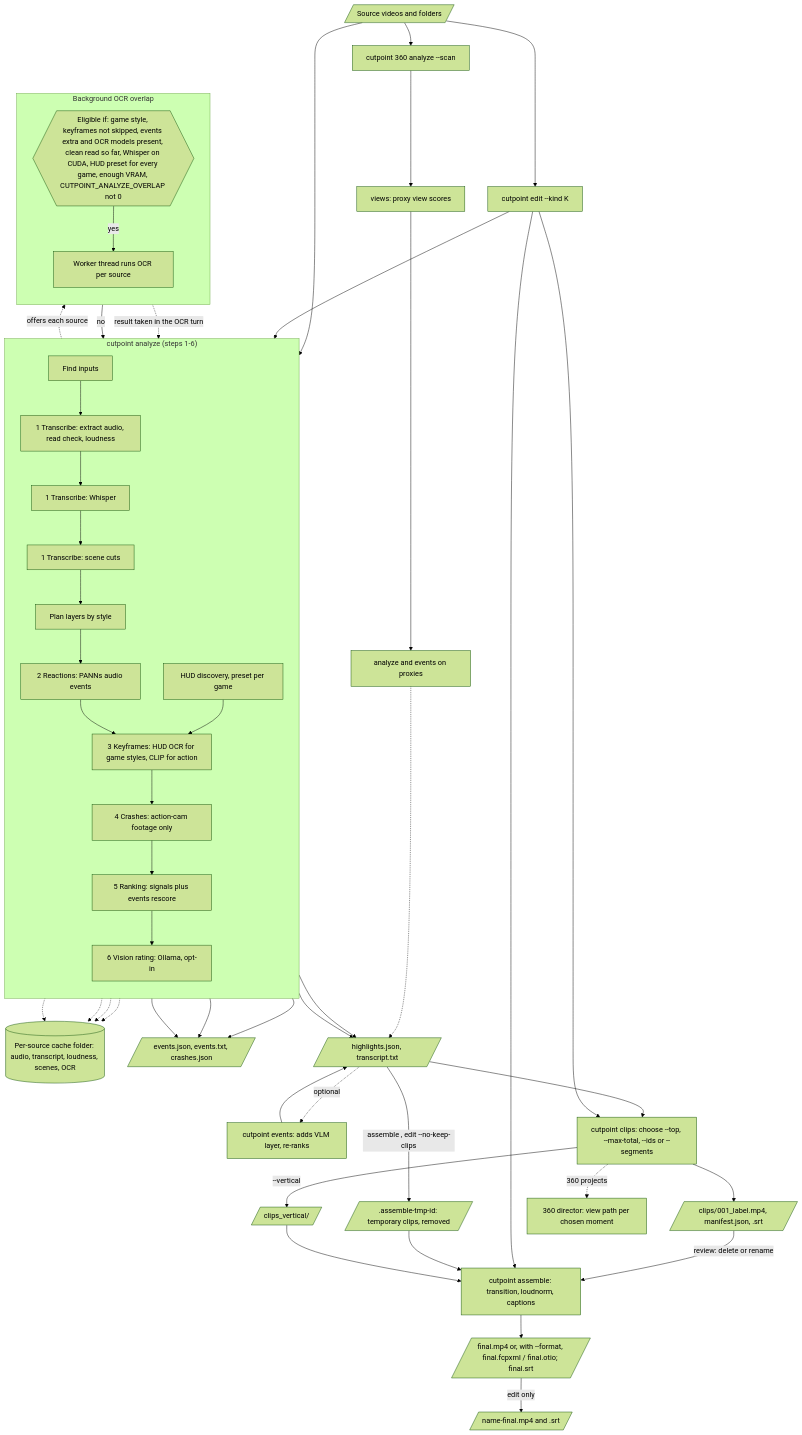
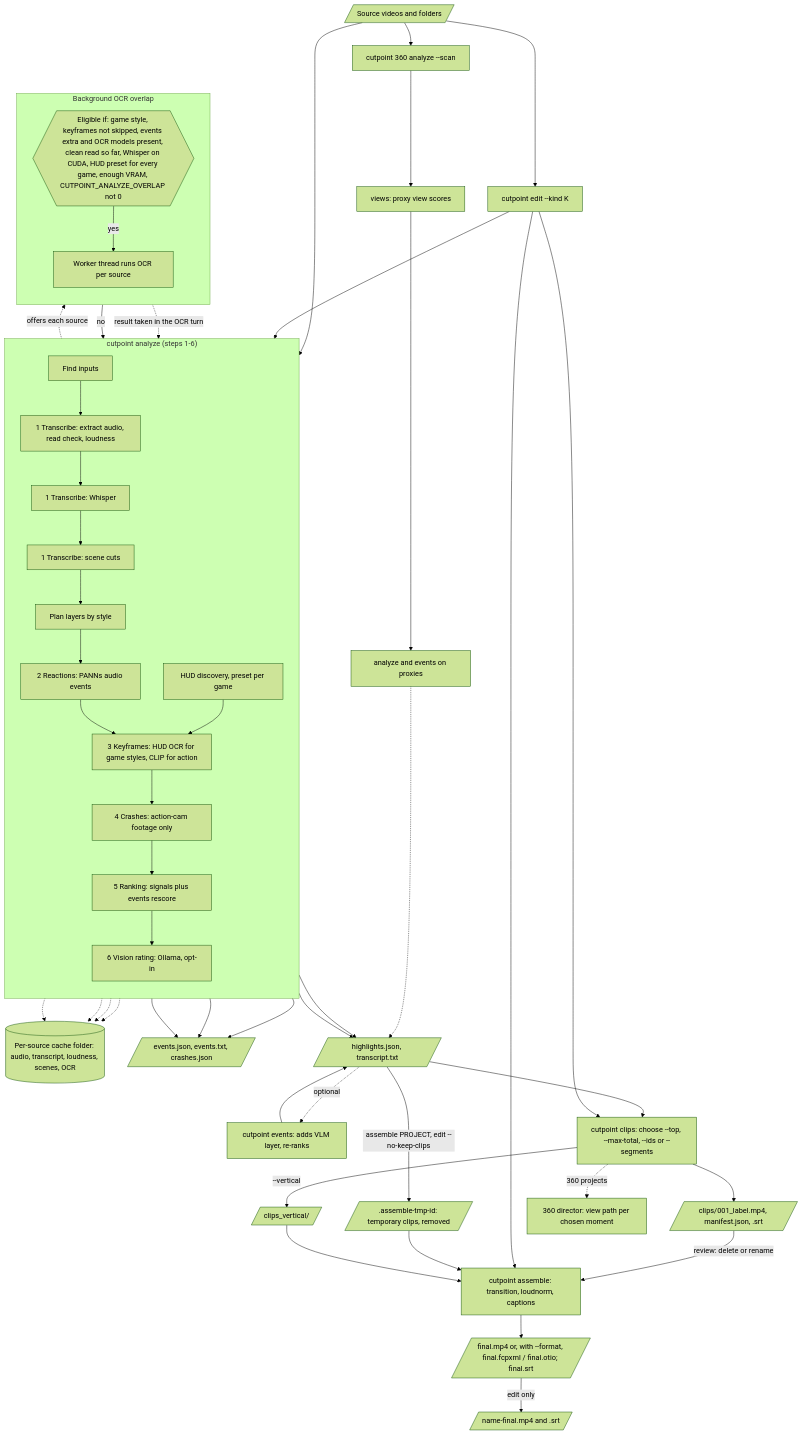
One commit to FerventOrange/cutpoint changed the first of 2 diagrams in docs/pipeline.md. Above: the diagram before and after it, drawn with Mermaid (forest theme). The commit also changed 6 other files, not shown here.

Commit message:
docs/audit-corrections : address review findings (segments workflow, headings, lite install, mermaid label)

````diff
--- a/docs/pipeline.md
+++ b/docs/pipeline.md
@@ -10,71 +10,71 @@
 ```mermaid
 flowchart TD
     SRC[/"Source videos and folders"/]
     EDIT["cutpoint edit --kind K"]
     SRC --> EDIT
     SRC --> ANA
 
     subgraph ANALYZE["cutpoint analyze  (steps 1-6)"]
         direction TB
         ANA["Find inputs"]
         AUD["1 Transcribe: extract audio, read check, loudness"]
         TR["1 Transcribe: Whisper"]
         SC["1 Transcribe: scene cuts"]
         PL["Plan layers by style"]
         RE["2 Reactions: PANNs audio events"]
         KF["3 Keyframes: HUD OCR for game styles, CLIP for action"]
         DISC["HUD discovery, preset per game"]
         CR["4 Crashes: action-cam footage only"]
         RK["5 Ranking: signals plus events rescore"]
         VIS["6 Vision rating: Ollama, opt-in"]
         ANA --> AUD --> TR --> SC --> PL --> RE --> KF --> CR --> RK --> VIS
         DISC --> KF
     end
 
     CACHE[("Per-source cache folder: audio, transcript, loudness, scenes, OCR")]
     AUD -.-> CACHE
     TR -.-> CACHE
     SC -.-> CACHE
     KF -.-> CACHE
 
     subgraph BG["Background OCR overlap"]
         direction TB
         ELIG{{"Eligible if: game style, keyframes not skipped, events extra and OCR models present, clean read so far, Whisper on CUDA, HUD preset for every game, enough VRAM, CUTPOINT_ANALYZE_OVERLAP not 0"}}
         PF["Worker thread runs OCR per source"]
         ELIG -->|yes| PF
     end
     AUD -. "offers each source" .-> ELIG
     PF -. "result taken in the OCR turn" .-> KF
     ELIG -->|no| KF
 
     EVJ[/"events.json, events.txt, crashes.json"/]
     HL[/"highlights.json, transcript.txt"/]
     KF --> EVJ
     RE --> EVJ
     CR --> EVJ
     VIS --> HL
     RK --> HL
 
     EVS["cutpoint events: adds VLM layer, re-ranks"]
     HL -. "optional" .-> EVS
     EVS --> HL
 
     EDIT --> ANA
     HL --> CLIPS["cutpoint clips: choose --top, --max-total, --ids or --segments"]
     CLIPS --> CDIR[/"clips/001_label.mp4, manifest.json, .srt"/]
     CDIR -->|"review: delete or rename"| ASM["cutpoint assemble: transition, loudnorm, captions"]
     ASM --> FIN[/"final.mp4 or, with --format, final.fcpxml / final.otio; final.srt"/]
     EDIT --> CLIPS
     EDIT --> ASM
     FIN -->|edit only| COPY[/"name-final.mp4 and .srt"/]
-    HL -->|"assemble <project>, edit --no-keep-clips"| TMP[/".assemble-tmp-id: temporary clips, removed"/]
+    HL -->|"assemble PROJECT, edit --no-keep-clips"| TMP[/".assemble-tmp-id: temporary clips, removed"/]
     TMP --> ASM
     CLIPS -->|"--vertical"| VDIR[/"clips_vertical/"/]
     VDIR --> ASM
 
     SRC --> P360["cutpoint 360 analyze --scan"]
     P360 --> V360["views: proxy view scores"]
     V360 --> A360["analyze and events on proxies"]
     CLIPS -. "360 projects" .-> DIR["360 director: view path per chosen moment"]
     A360 -.-> HL
 ```
````
